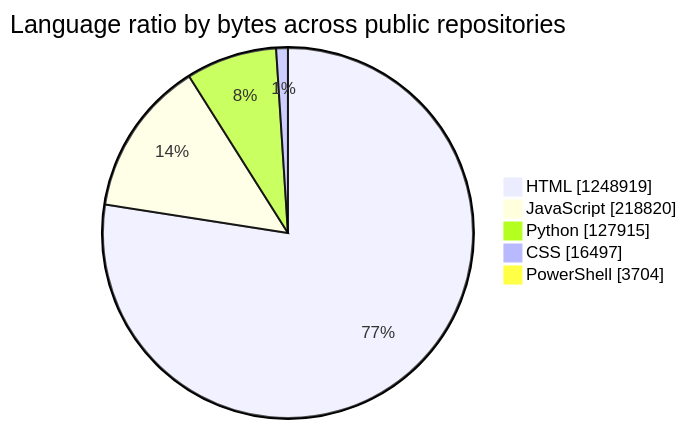
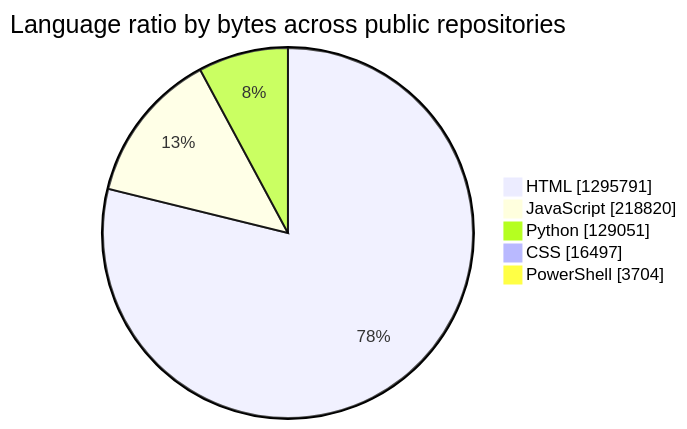
The first of 2 diagrams in README.md (tchinso/tchinso), drawn with Mermaid before and after one commit. The commit also changed other lines of this file, not shown here.

````diff
--- a/README.md
+++ b/README.md
@@ -21,9 +21,9 @@
 ```mermaid
 pie showData
     title Language ratio by bytes across public repositories
-    "HTML" : 1248919
+    "HTML" : 1295791
     "JavaScript" : 218820
-    "Python" : 127915
+    "Python" : 129051
     "CSS" : 16497
     "PowerShell" : 3704
 ```
````
